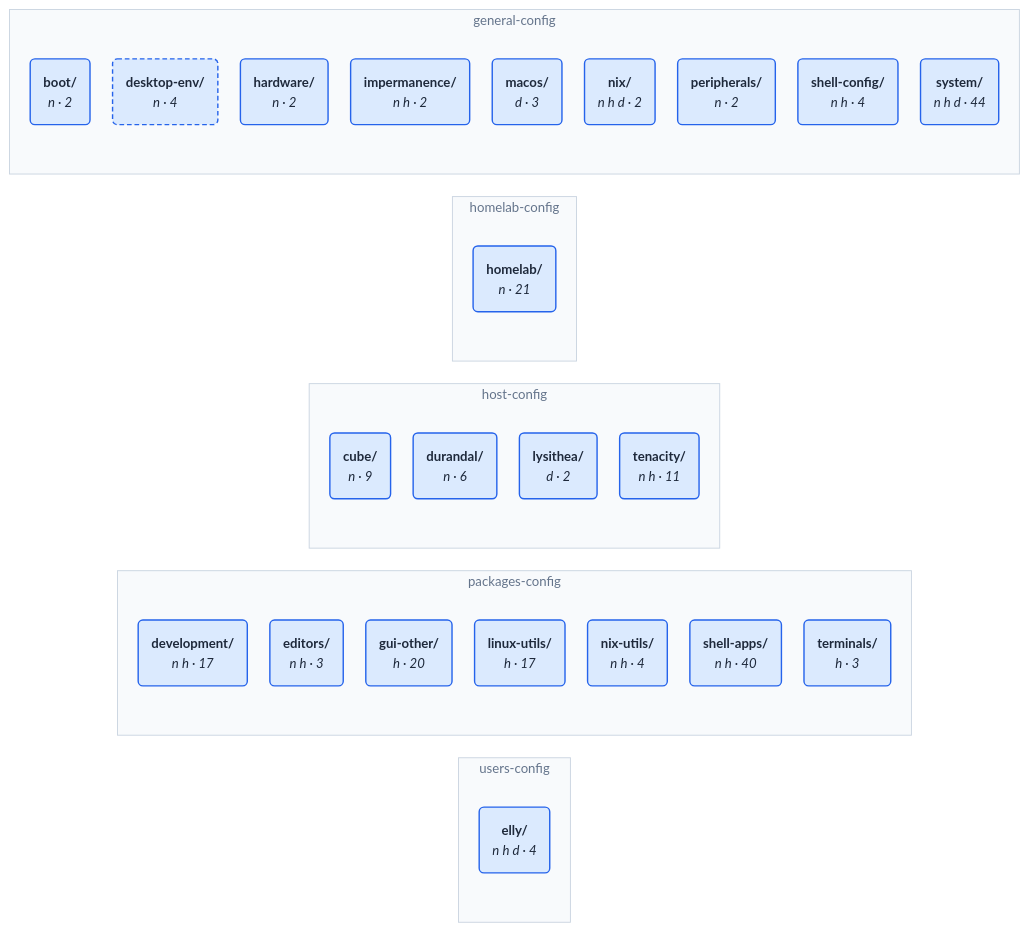
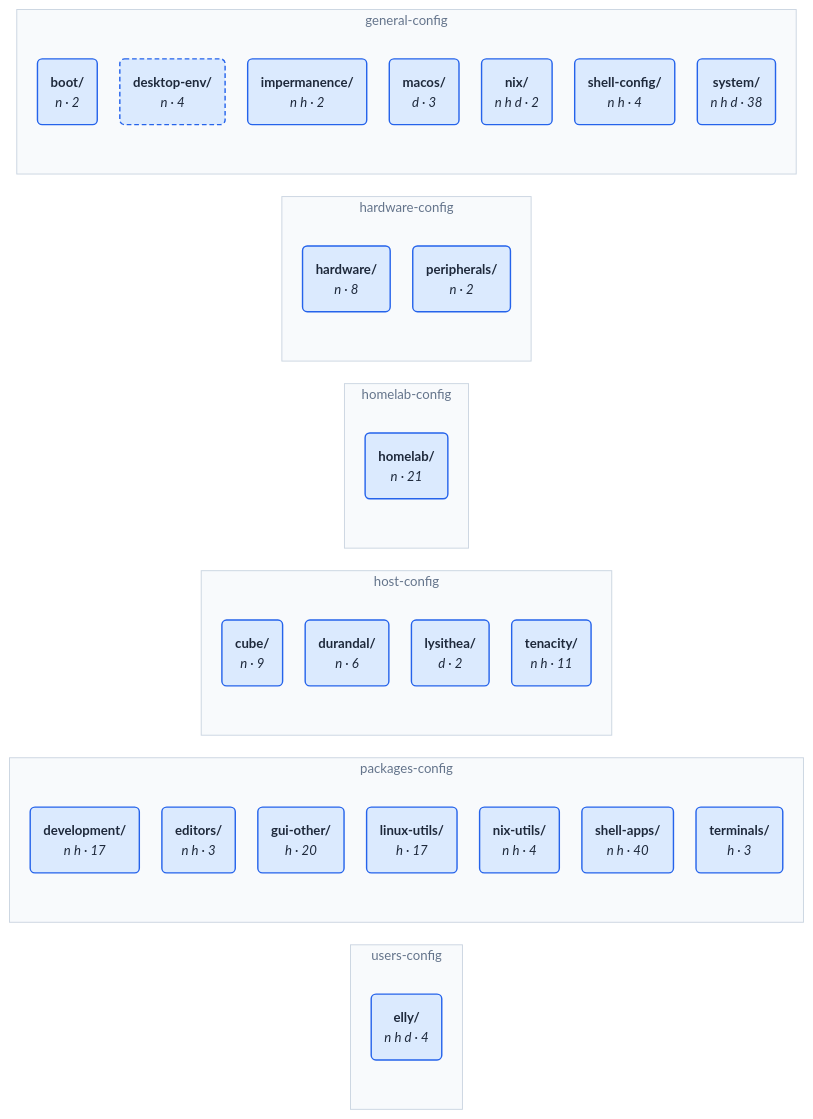
Before and after one commit to NireBryce/nixos-configs: the diagram in wiki/architecture.md, drawn with Mermaid. The commit also changed 37 other files, not shown here.

First line of the commit message:
refactor: move hardware support into its own hardware-config/ area

````diff
--- a/wiki/architecture.md
+++ b/wiki/architecture.md
@@ -101,52 +101,55 @@
 ```mermaid
 %%{init: {"theme": "base", "themeVariables": {"fontFamily": "ui-sans-serif, system-ui, sans-serif", "fontSize": "14px", "lineColor": "#94a3b8"}, "flowchart": {"curve": "basis", "nodeSpacing": 24, "rankSpacing": 80, "padding": 14}}}%%
 flowchart LR
     subgraph g0["users-config"]
-        n26("<b>elly/</b><br/><i>n h d · 4</i>")
+        n27("<b>elly/</b><br/><i>n h d · 4</i>")
     end
     subgraph g1["packages-config"]
-        n19("<b>development/</b><br/><i>n h · 17</i>")
-        n20("<b>editors/</b><br/><i>n h · 3</i>")
-        n21("<b>gui-other/</b><br/><i>h · 20</i>")
-        n22("<b>linux-utils/</b><br/><i>h · 17</i>")
-        n23("<b>nix-utils/</b><br/><i>n h · 4</i>")
-        n24("<b>shell-apps/</b><br/><i>n h · 40</i>")
-        n25("<b>terminals/</b><br/><i>h · 3</i>")
+        n20("<b>development/</b><br/><i>n h · 17</i>")
+        n21("<b>editors/</b><br/><i>n h · 3</i>")
+        n22("<b>gui-other/</b><br/><i>h · 20</i>")
+        n23("<b>linux-utils/</b><br/><i>h · 17</i>")
+        n24("<b>nix-utils/</b><br/><i>n h · 4</i>")
+        n25("<b>shell-apps/</b><br/><i>n h · 40</i>")
+        n26("<b>terminals/</b><br/><i>h · 3</i>")
     end
     subgraph g2["host-config"]
-        n15("<b>cube/</b><br/><i>n · 9</i>")
-        n16("<b>durandal/</b><br/><i>n · 6</i>")
-        n17("<b>lysithea/</b><br/><i>d · 2</i>")
-        n18("<b>tenacity/</b><br/><i>n h · 11</i>")
+        n16("<b>cube/</b><br/><i>n · 9</i>")
+        n17("<b>durandal/</b><br/><i>n · 6</i>")
+        n18("<b>lysithea/</b><br/><i>d · 2</i>")
+        n19("<b>tenacity/</b><br/><i>n h · 11</i>")
     end
     subgraph g3["homelab-config"]
-        n14("<b>homelab/</b><br/><i>n · 21</i>")
+        n15("<b>homelab/</b><br/><i>n · 21</i>")
     end
-    subgraph g4["general-config"]
-        n5("<b>boot/</b><br/><i>n · 2</i>")
-        n6("<b>desktop-env/</b><br/><i>n · 4</i>")
-        n7("<b>hardware/</b><br/><i>n · 2</i>")
+    subgraph g4["hardware-config"]
+        n13("<b>hardware/</b><br/><i>n · 8</i>")
+        n14("<b>peripherals/</b><br/><i>n · 2</i>")
+    end
+    subgraph g5["general-config"]
+        n6("<b>boot/</b><br/><i>n · 2</i>")
+        n7("<b>desktop-env/</b><br/><i>n · 4</i>")
         n8("<b>impermanence/</b><br/><i>n h · 2</i>")
         n9("<b>macos/</b><br/><i>d · 3</i>")
         n10("<b>nix/</b><br/><i>n h d · 2</i>")
-        n11("<b>peripherals/</b><br/><i>n · 2</i>")
-        n12("<b>shell-config/</b><br/><i>n h · 4</i>")
-        n13("<b>system/</b><br/><i>n h d · 44</i>")
+        n11("<b>shell-config/</b><br/><i>n h · 4</i>")
+        n12("<b>system/</b><br/><i>n h d · 38</i>")
     end
     style g0 fill:#f8fafc,stroke:#cbd5e1,color:#64748b
     style g1 fill:#f8fafc,stroke:#cbd5e1,color:#64748b
     style g2 fill:#f8fafc,stroke:#cbd5e1,color:#64748b
     style g3 fill:#f8fafc,stroke:#cbd5e1,color:#64748b
     style g4 fill:#f8fafc,stroke:#cbd5e1,color:#64748b
+    style g5 fill:#f8fafc,stroke:#cbd5e1,color:#64748b
     classDef area fill:#f8fafc,stroke:#cbd5e1,color:#1e293b,stroke-width:1.5px
     classDef category fill:#dbeafe,stroke:#2563eb,color:#1e293b,stroke-width:1.5px
     classDef folder fill:#f1f5f9,stroke:#94a3b8,color:#1e293b,stroke-width:1.5px
     classDef module fill:#ffffff,stroke:#94a3b8,color:#1e293b,stroke-width:1.5px
     classDef aggregate fill:#ffffff,stroke:#f59e0b,color:#1e293b,stroke-width:1.5px
     classDef missing fill:#fee2e2,stroke:#ef4444,color:#1e293b,stroke-width:1.5px
     classDef orphan fill:#fff1f2,stroke:#e11d48,color:#1e293b,stroke-width:2.5px
     classDef bymodule stroke-dasharray:5 3
     classDef merges stroke:#e11d48,stroke-width:2.5px
-    class n5,n6,n7,n8,n9,n10,n11,n12,n13,n14,n15,n16,n17,n18,n19,n20,n21,n22,n23,n24,n25,n26 category
-    class n6 bymodule
+    class n6,n7,n8,n9,n10,n11,n12,n13,n14,n15,n16,n17,n18,n19,n20,n21,n22,n23,n24,n25,n26,n27 category
+    class n7 bymodule
 ```
````
